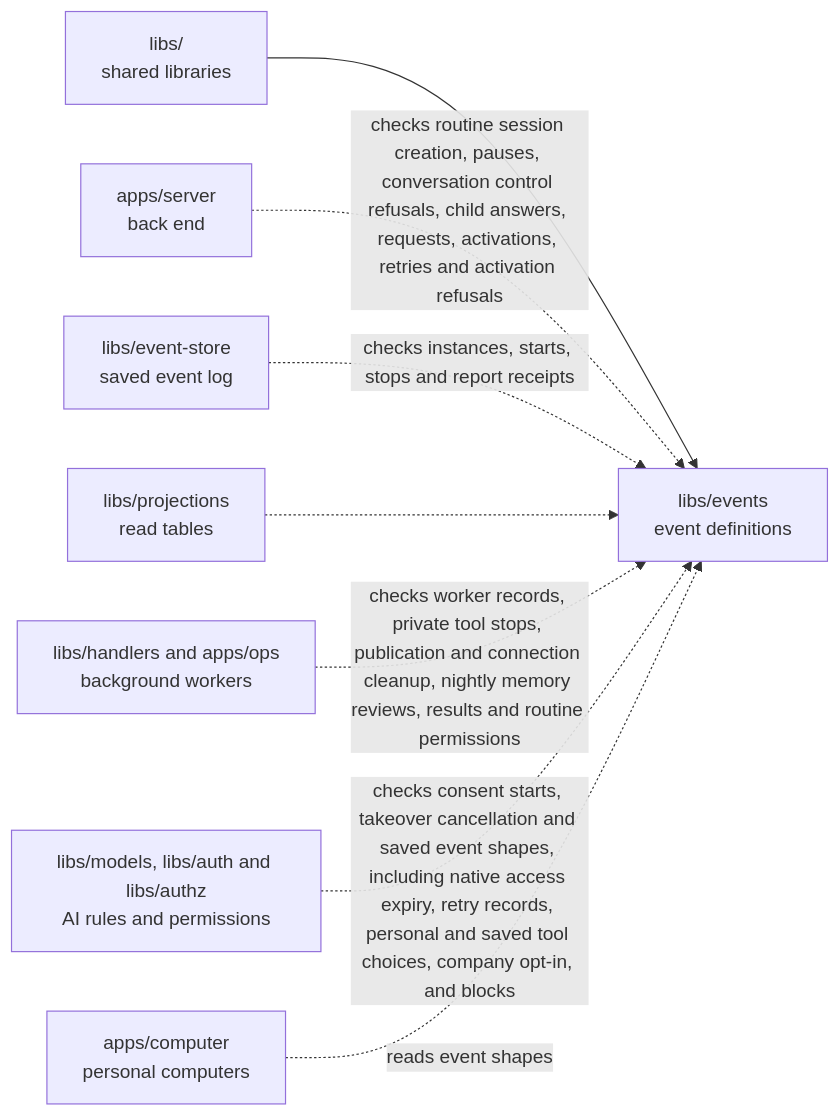
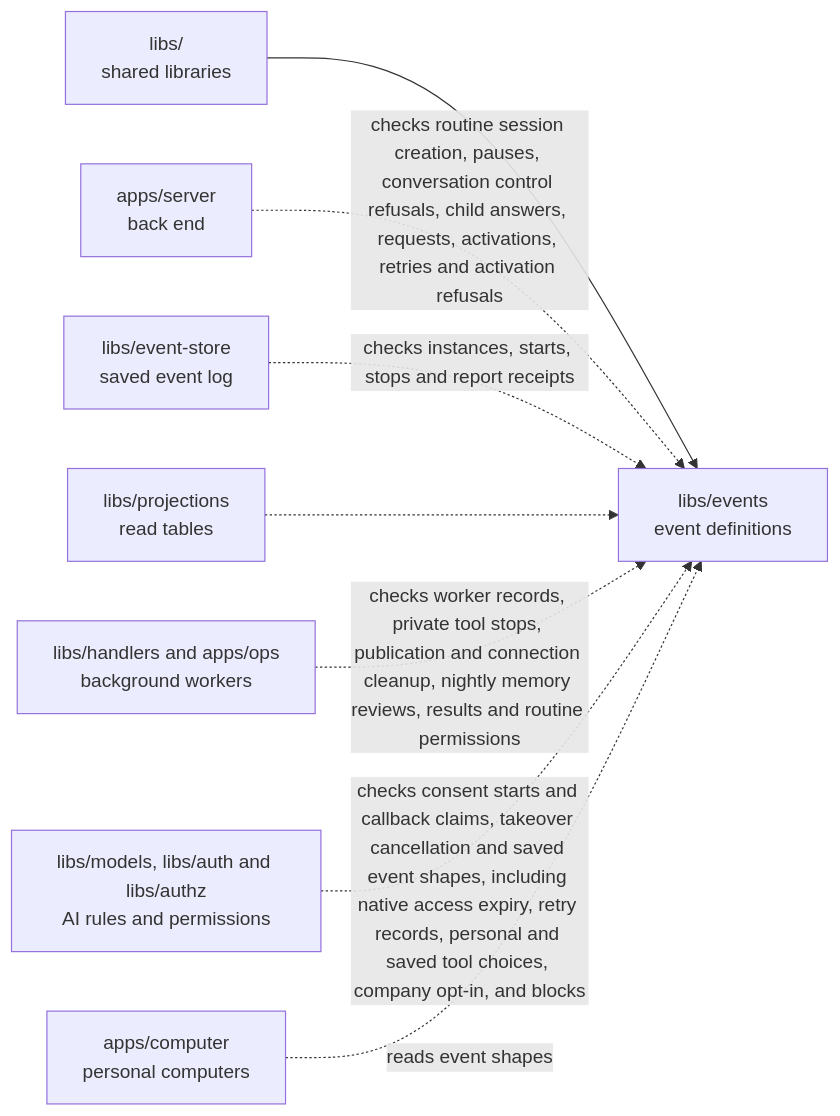
Before and after one commit to elewa-git/opencrane-new: the diagram in libs/events/README.md, drawn with Mermaid. The commit also changed other lines of this file and 12 other files, not shown here.

````diff
--- a/libs/events/README.md
+++ b/libs/events/README.md
@@ -24,10 +24,10 @@
 ```mermaid
 flowchart LR
   parent["libs/<br/>shared libraries"] --> events["libs/events<br/>event definitions"]
   server["apps/server<br/>back end"] -.->|checks routine session creation, pauses, conversation control refusals, child answers, requests, activations, retries and activation refusals| events
   store["libs/event-store<br/>saved event log"] -.->|checks instances, starts, stops and report receipts| events
   projections["libs/projections<br/>read tables"] -.-> events
   workers["libs/handlers and apps/ops<br/>background workers"] -.->|checks worker records, private tool stops, publication and connection cleanup, nightly memory reviews, results and routine permissions| events
-  models["libs/models, libs/auth and libs/authz<br/>AI rules and permissions"] -.->|checks consent starts, takeover cancellation and saved event shapes, including native access expiry, retry records, personal and saved tool choices, company opt-in, and blocks| events
+  models["libs/models, libs/auth and libs/authz<br/>AI rules and permissions"] -.->|checks consent starts and callback claims, takeover cancellation and saved event shapes, including native access expiry, retry records, personal and saved tool choices, company opt-in, and blocks| events
   computer["apps/computer<br/>personal computers"] -.->|reads event shapes| events
 ```
````
